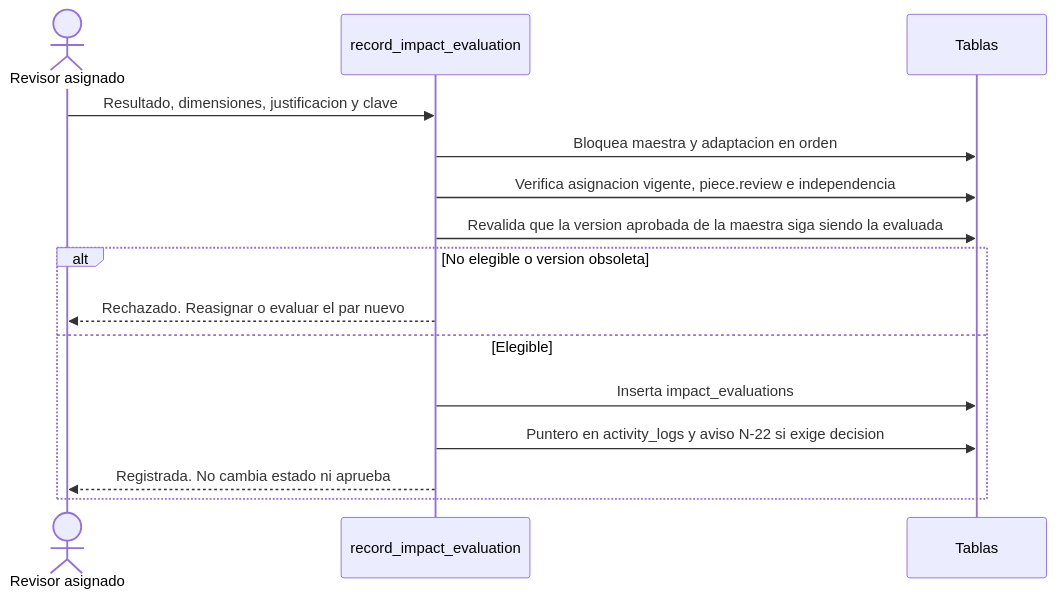
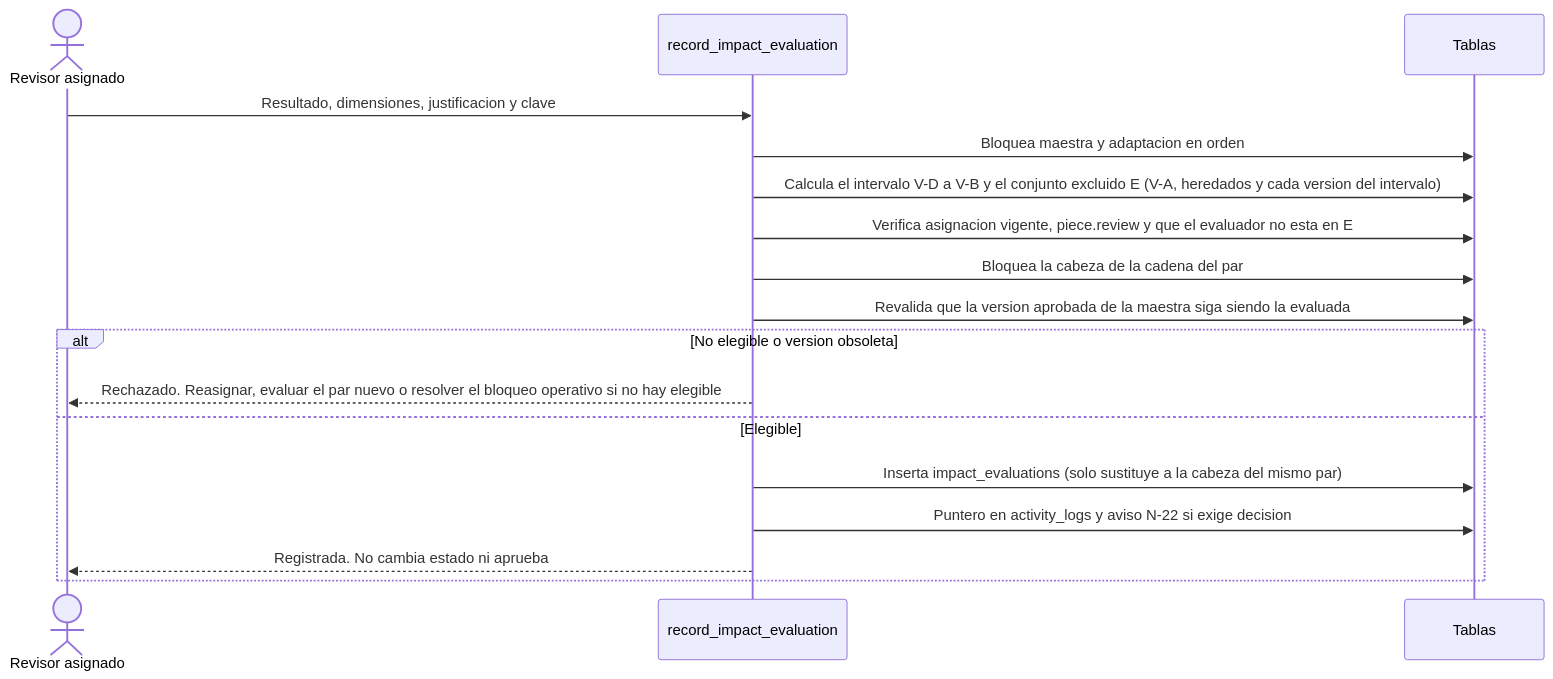
Before and after one commit to appalex47-lab/Copy-Creative-Intelligence: the fifth of 17 diagrams in docs/fase0/ESPECIFICACION_TECNICA_G1_G5_G10.md, drawn with Mermaid. The commit also changed other lines of this file and 8 other files, not shown here.

````diff
--- a/docs/fase0/ESPECIFICACION_TECNICA_G1_G5_G10.md
+++ b/docs/fase0/ESPECIFICACION_TECNICA_G1_G5_G10.md
@@ -851,17 +1136,19 @@
 ```mermaid
 sequenceDiagram
   actor R as Revisor asignado
   participant B as record_impact_evaluation
   participant DB as Tablas
   R->>B: Resultado, dimensiones, justificacion y clave
   B->>DB: Bloquea maestra y adaptacion en orden
-  B->>DB: Verifica asignacion vigente, piece.review e independencia
+  B->>DB: Calcula el intervalo V-D a V-B y el conjunto excluido E (V-A, heredados y cada version del intervalo)
+  B->>DB: Verifica asignacion vigente, piece.review y que el evaluador no esta en E
+  B->>DB: Bloquea la cabeza de la cadena del par
   B->>DB: Revalida que la version aprobada de la maestra siga siendo la evaluada
   alt No elegible o version obsoleta
-    B-->>R: Rechazado. Reasignar o evaluar el par nuevo
+    B-->>R: Rechazado. Reasignar, evaluar el par nuevo o resolver el bloqueo operativo si no hay elegible
   else Elegible
-    B->>DB: Inserta impact_evaluations
+    B->>DB: Inserta impact_evaluations (solo sustituye a la cabeza del mismo par)
     B->>DB: Puntero en activity_logs y aviso N-22 si exige decision
     B-->>R: Registrada. No cambia estado ni aprueba
   end
 ```
````
